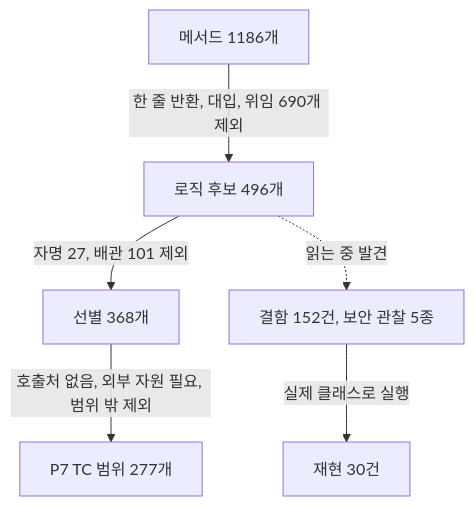
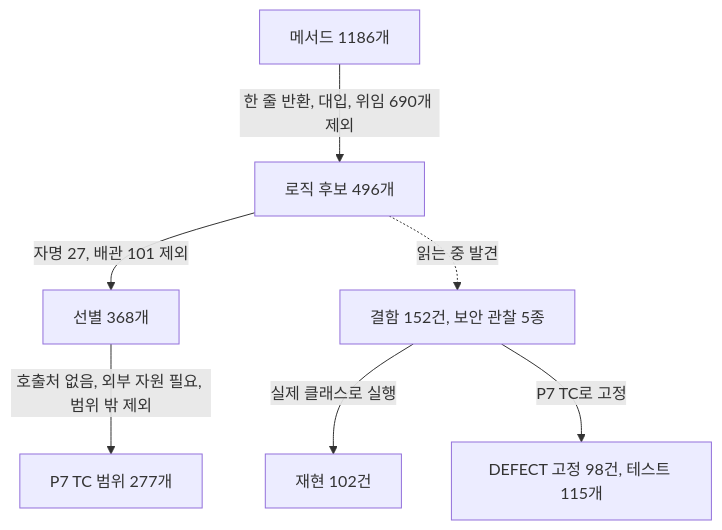
The diagram in cmt_bug/2026-09-28-common-utils-model-defects.md (Srltas/work-docs), drawn with Mermaid before and after one commit. The commit also changed other lines of this file, not shown here.

````diff
--- a/cmt_bug/2026-09-28-common-utils-model-defects.md
+++ b/cmt_bug/2026-09-28-common-utils-model-defects.md
@@ -18,8 +19,9 @@
 ```mermaid
 flowchart TB
     A["메서드 1186개"] -->|"한 줄 반환, 대입, 위임 690개 제외"| B["로직 후보 496개"]
     B -->|"자명 27, 배관 101 제외"| C["선별 368개"]
     C -->|"호출처 없음, 외부 자원 필요, 범위 밖 제외"| D["P7 TC 범위 277개"]
     B -.->|"읽는 중 발견"| E["결함 152건, 보안 관찰 5종"]
-    E -->|"실제 클래스로 실행"| F["재현 30건"]
+    E -->|"실제 클래스로 실행"| F["재현 102건"]
+    E -->|"P7 TC로 고정"| G["DEFECT 고정 98건, 테스트 115개"]
 ```
````
